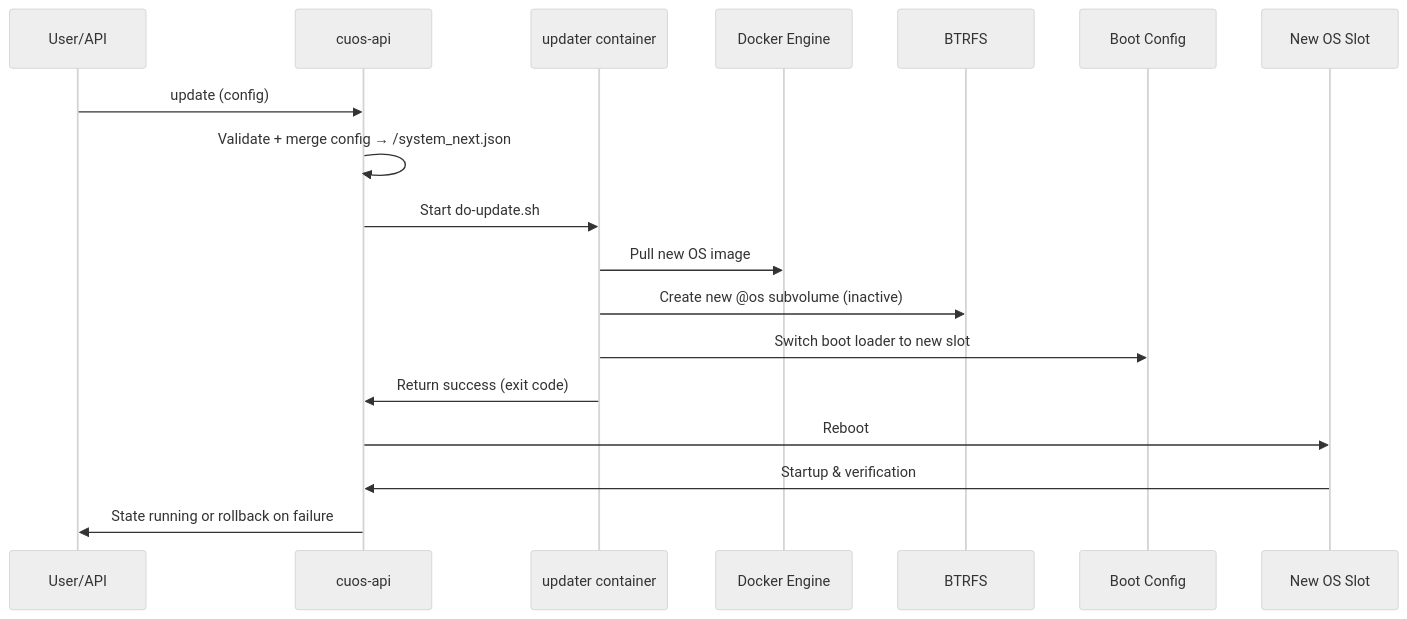
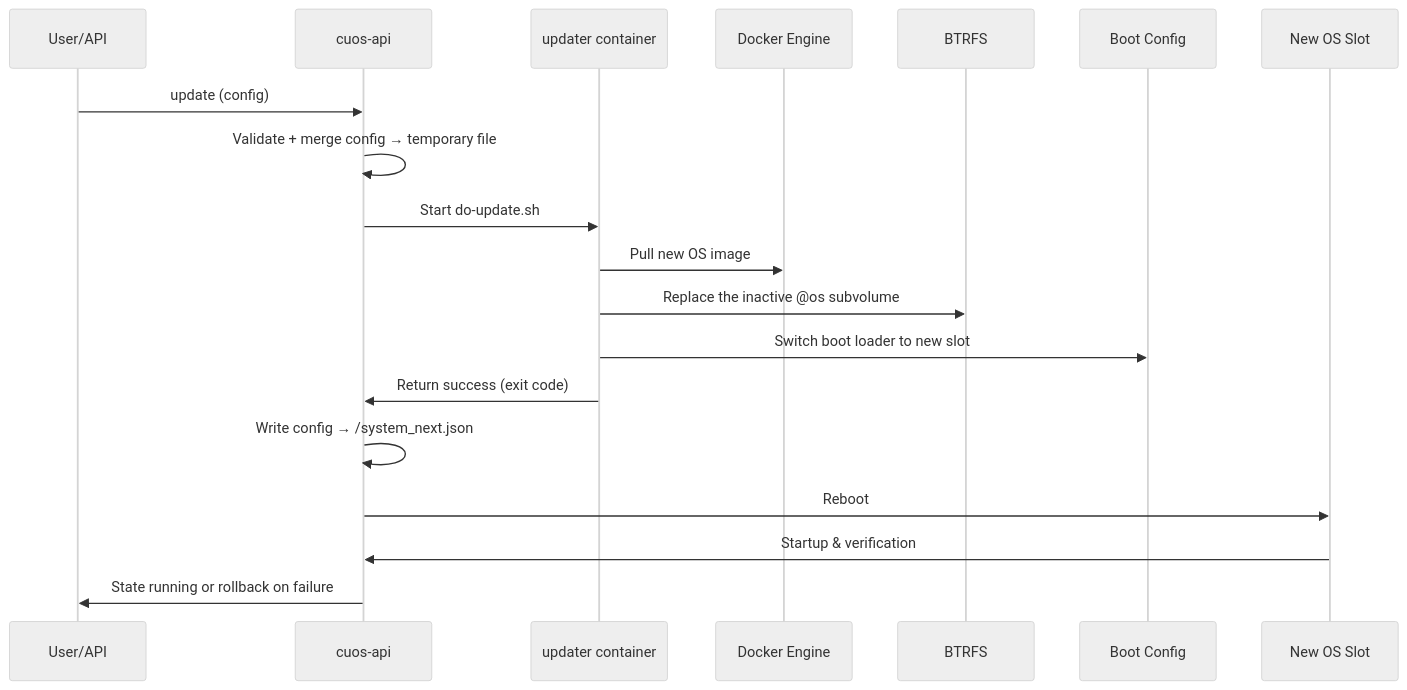
One commit to cuos-dev/cuos changed the second of 2 diagrams in docs/architecture.md. Above: the diagram before and after it, drawn with Mermaid (neutral theme). The commit also changed other lines of this file and 15 other files, not shown here.

````diff
--- a/docs/architecture.md
+++ b/docs/architecture.md
@@ -73,21 +73,22 @@
 ```mermaid
 sequenceDiagram
   participant User as User/API
   participant cuosApi as cuos-api
   participant Updater as updater container
   participant Docker as Docker Engine
   participant BTRFS as BTRFS
   participant BootCfg as Boot Config
   participant System as New OS Slot
 
   User->>cuosApi: update (config)
-  cuosApi->>cuosApi: Validate + merge config → /system_next.json
+  cuosApi->>cuosApi: Validate + merge config → temporary file
   cuosApi->>Updater: Start do-update.sh
   Updater->>Docker: Pull new OS image
-  Updater->>BTRFS: Create new @os subvolume (inactive)
+  Updater->>BTRFS: Replace the inactive @os subvolume
   Updater->>BootCfg: Switch boot loader to new slot
   Updater->>cuosApi: Return success (exit code)
+  cuosApi->>cuosApi: Write config → /system_next.json
   cuosApi->>System: Reboot
   System->>cuosApi: Startup & verification
   cuosApi->>User: State running or rollback on failure
 ```
````
